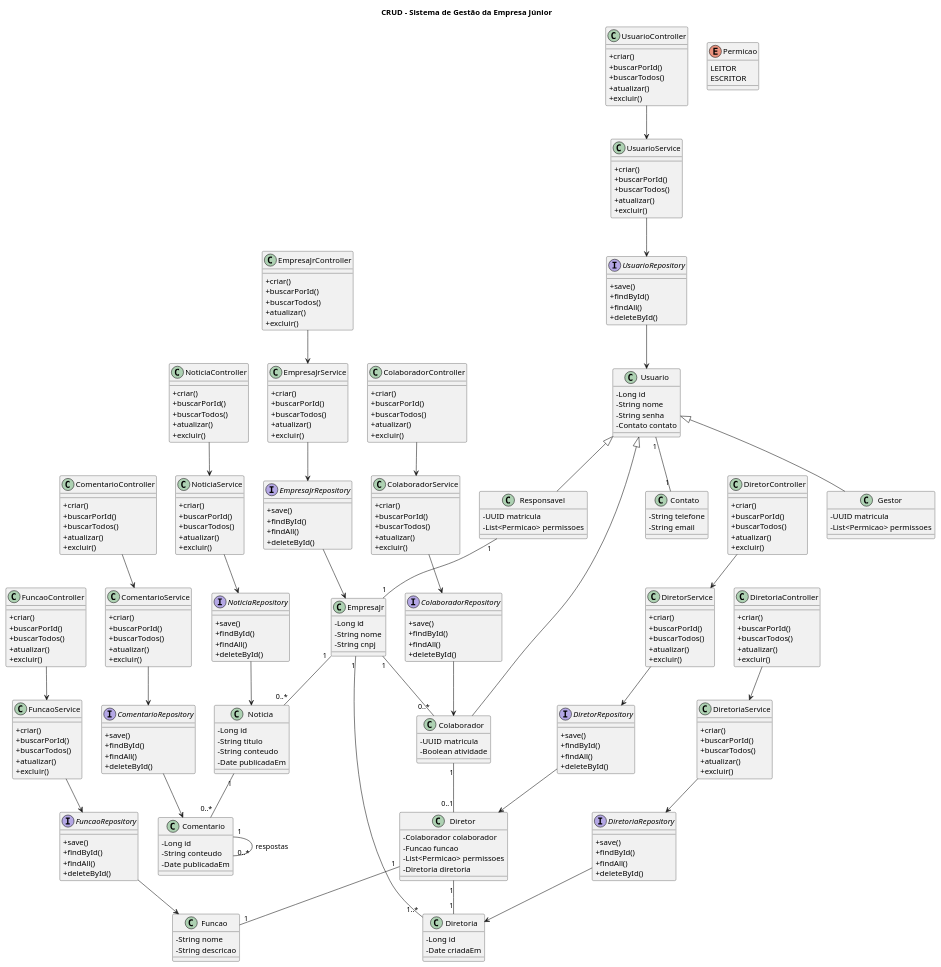
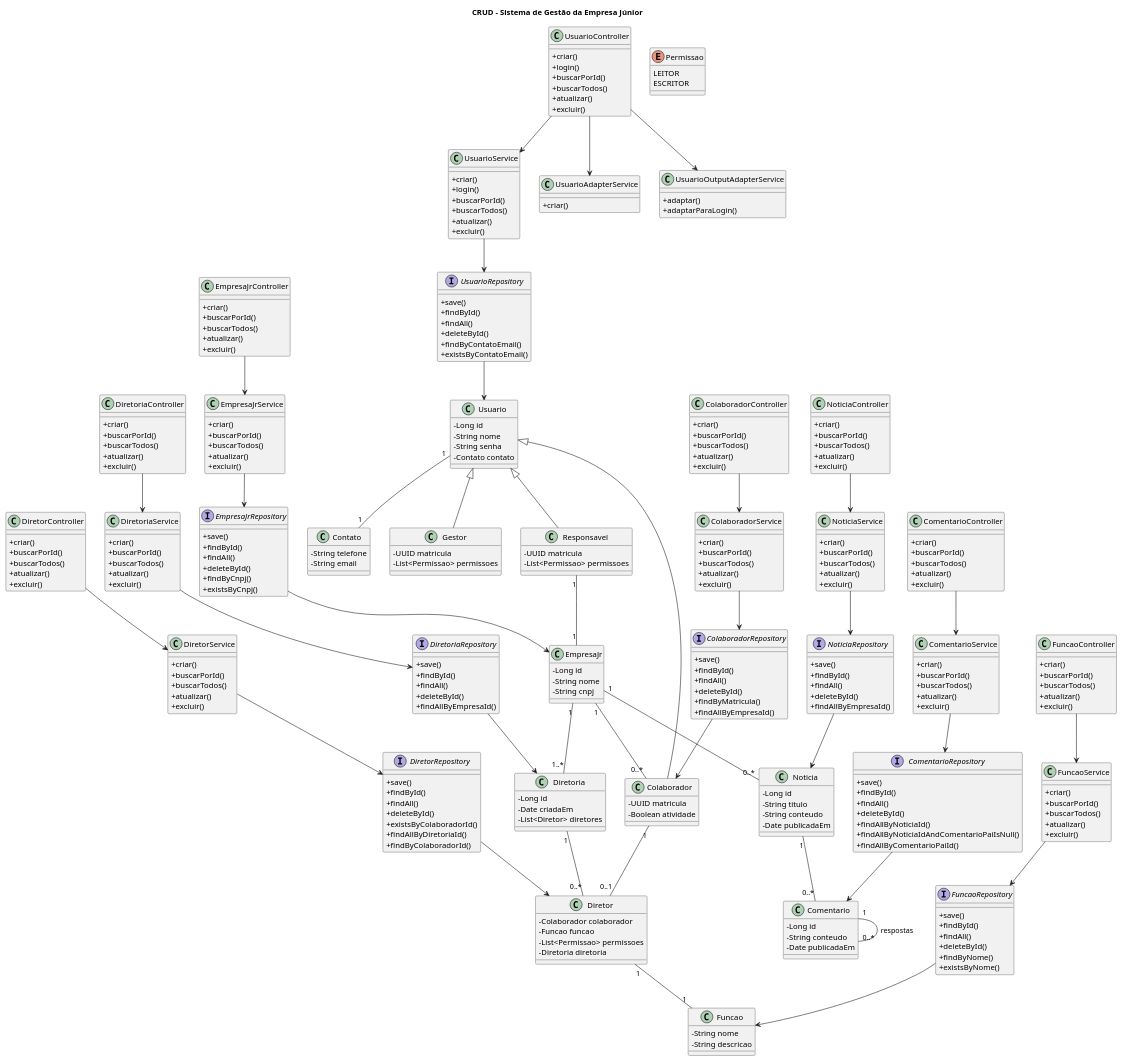
Before and after one commit to Ana2221/backend-newsly: the diagram in classDiagram.plantuml, drawn with PlantUML. The commit also changed 202 other files, not shown here.

```diff
--- a/classDiagram.plantuml
+++ b/classDiagram.plantuml
@@ -27,18 +27,18 @@
 
 class Gestor {
     - UUID matricula
-    - List<Permicao> permissoes
+    - List<Permissao> permissoes
 }
 
 class Responsavel {
     - UUID matricula
-    - List<Permicao> permissoes
+    - List<Permissao> permissoes
 }
 
 class Diretor {
     - Colaborador colaborador
     - Funcao funcao
-    - List<Permicao> permissoes
+    - List<Permissao> permissoes
     - Diretoria diretoria
 }
 
@@ -50,6 +50,7 @@
 class Diretoria {
     - Long id
     - Date criadaEm
+    - List<Diretor> diretores
 }
 
 class EmpresaJr {
@@ -71,7 +72,7 @@
     - Date publicadaEm
 }
 
-enum Permicao {
+enum Permissao {
     LEITOR
     ESCRITOR
 }
@@ -82,6 +83,7 @@
 
 class UsuarioController {
     + criar()
+    + login()
     + buscarPorId()
     + buscarTodos()
     + atualizar()
@@ -150,10 +152,20 @@
 
 class UsuarioService {
     + criar()
+    + login()
     + buscarPorId()
     + buscarTodos()
     + atualizar()
     + excluir()
+}
+
+class UsuarioAdapterService {
+    + criar()
+}
+
+class UsuarioOutputAdapterService {
+    + adaptar()
+    + adaptarParaLogin()
 }
 
 class ColaboradorService {
@@ -221,6 +233,8 @@
     + findById()
     + findAll()
     + deleteById()
+    + findByContatoEmail()
+    + existsByContatoEmail()
 }
 
 interface ColaboradorRepository {
@@ -228,6 +242,8 @@
     + findById()
     + findAll()
     + deleteById()
+    + findByMatricula()
+    + findAllByEmpresaId()
 }
 
 interface EmpresaJrRepository {
@@ -235,6 +251,8 @@
     + findById()
     + findAll()
     + deleteById()
+    + findByCnpj()
+    + existsByCnpj()
 }
 
 interface DiretoriaRepository {
@@ -242,6 +260,7 @@
     + findById()
     + findAll()
     + deleteById()
+    + findAllByEmpresaId()
 }
 
 interface DiretorRepository {
@@ -249,6 +268,9 @@
     + findById()
     + findAll()
     + deleteById()
+    + existsByColaboradorId()
+    + findAllByDiretoriaId()
+    + findByColaboradorId()
 }
 
 interface FuncaoRepository {
@@ -256,6 +278,8 @@
     + findById()
     + findAll()
     + deleteById()
+    + findByNome()
+    + existsByNome()
 }
 
 interface NoticiaRepository {
@@ -263,6 +287,7 @@
     + findById()
     + findAll()
     + deleteById()
+    + findAllByEmpresaId()
 }
 
 interface ComentarioRepository {
@@ -270,6 +295,9 @@
     + findById()
     + findAll()
     + deleteById()
+    + findAllByNoticiaId()
+    + findAllByNoticiaIdAndComentarioPaiIsNull()
+    + findAllByComentarioPaiId()
 }
 
 ' =========================
@@ -277,6 +305,8 @@
 ' =========================
 
 UsuarioController --> UsuarioService
+UsuarioController --> UsuarioAdapterService
+UsuarioController --> UsuarioOutputAdapterService
 UsuarioService --> UsuarioRepository
 UsuarioRepository --> Usuario
 
@@ -320,7 +350,7 @@
 
 Colaborador "1" -- "0..1" Diretor
 Diretor "1" -- "1" Funcao
-Diretor "1" -- "1" Diretoria
+Diretoria "1" -- "0..*" Diretor
 
 Responsavel "1" -- "1" EmpresaJr
 EmpresaJr "1" -- "1..*" Diretoria
@@ -331,4 +361,4 @@
 
 Comentario "1" -- "0..*" Comentario : respostas
 
-@endumll
+@enduml
```
